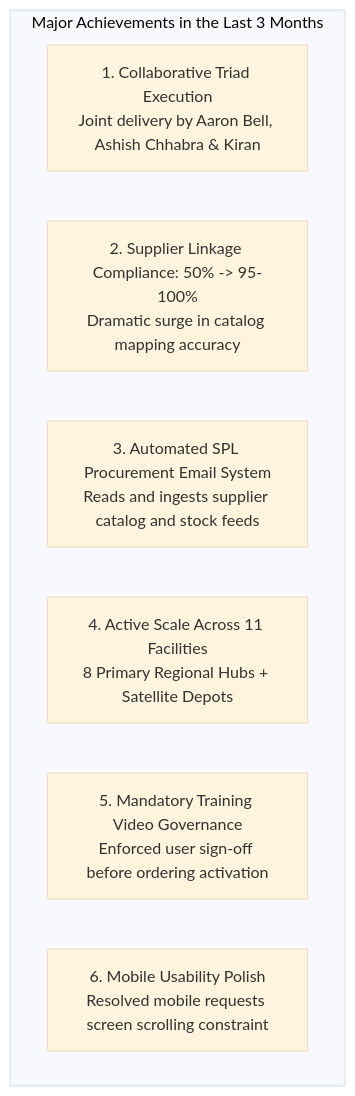
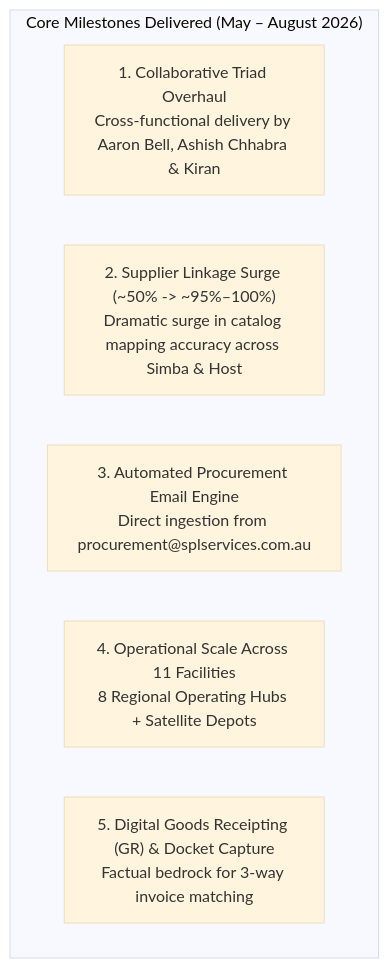
The second of 7 diagrams in docs/PROCUREFLOW_DEVELOPMENT_ACTION_PLAN.md (SPLGit-Project/ProcureFlow-App), drawn with Mermaid (base theme) before and after one commit. The commit also changed other lines of this file and 1 other file, not shown here.

Commit message:
docs: elevate action plan & presentation to v4.0 with Three-Horizon model, training in forward pipeline, and Short Supply logic migration

````diff
--- a/docs/PROCUREFLOW_DEVELOPMENT_ACTION_PLAN.md
+++ b/docs/PROCUREFLOW_DEVELOPMENT_ACTION_PLAN.md
@@ -56,11 +58,10 @@
 ```mermaid
 flowchart TD
-    subgraph ThreeMonthAchievements ["Major Achievements in the Last 3 Months"]
-        A1["1. Collaborative Triad Execution<br/>Joint delivery by Aaron Bell, Ashish Chhabra & Kiran"]
-        A2["2. Supplier Linkage Compliance: 50% -> 95-100%<br/>Dramatic surge in catalog mapping accuracy"]
-        A3["3. Automated SPL Procurement Email System<br/>Reads and ingests supplier catalog and stock feeds"]
-        A4["4. Active Scale Across 11 Facilities<br/>8 Primary Regional Hubs + Satellite Depots"]
-        A5["5. Mandatory Training Video Governance<br/>Enforced user sign-off before ordering activation"]
-        A6["6. Mobile Usability Polish<br/>Resolved mobile requests screen scrolling constraint"]
+    subgraph AchievementsLast3Months ["Core Milestones Delivered (May – August 2026)"]
+        M1["1. Collaborative Triad Overhaul<br/>Cross-functional delivery by Aaron Bell, Ashish Chhabra & Kiran"]
+        M2["2. Supplier Linkage Surge (~50% -> ~95%–100%)<br/>Dramatic surge in catalog mapping accuracy across Simba & Host"]
+        M3["3. Automated Procurement Email Engine<br/>Direct ingestion from procurement@splservices.com.au"]
+        M4["4. Operational Scale Across 11 Facilities<br/>8 Regional Operating Hubs + Satellite Depots"]
+        M5["5. Digital Goods Receipting (GR) & Docket Capture<br/>Factual bedrock for 3-way invoice matching"]
     end
 ```
````
